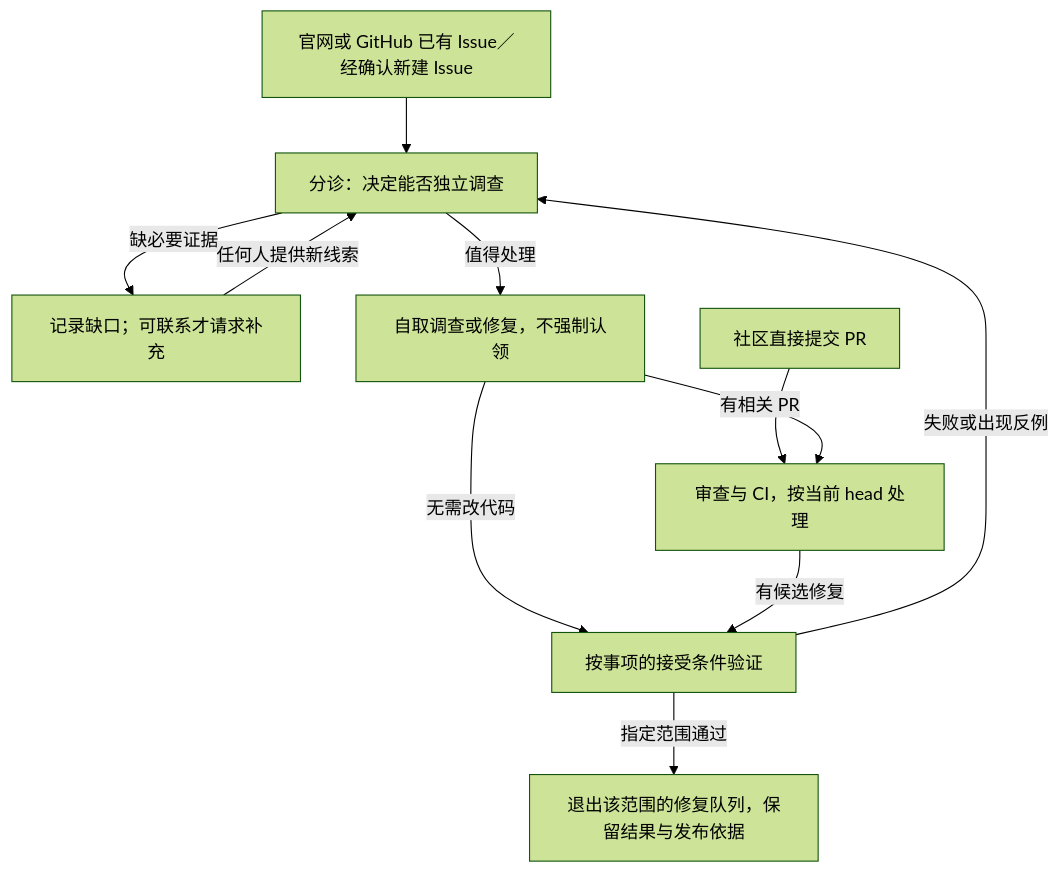
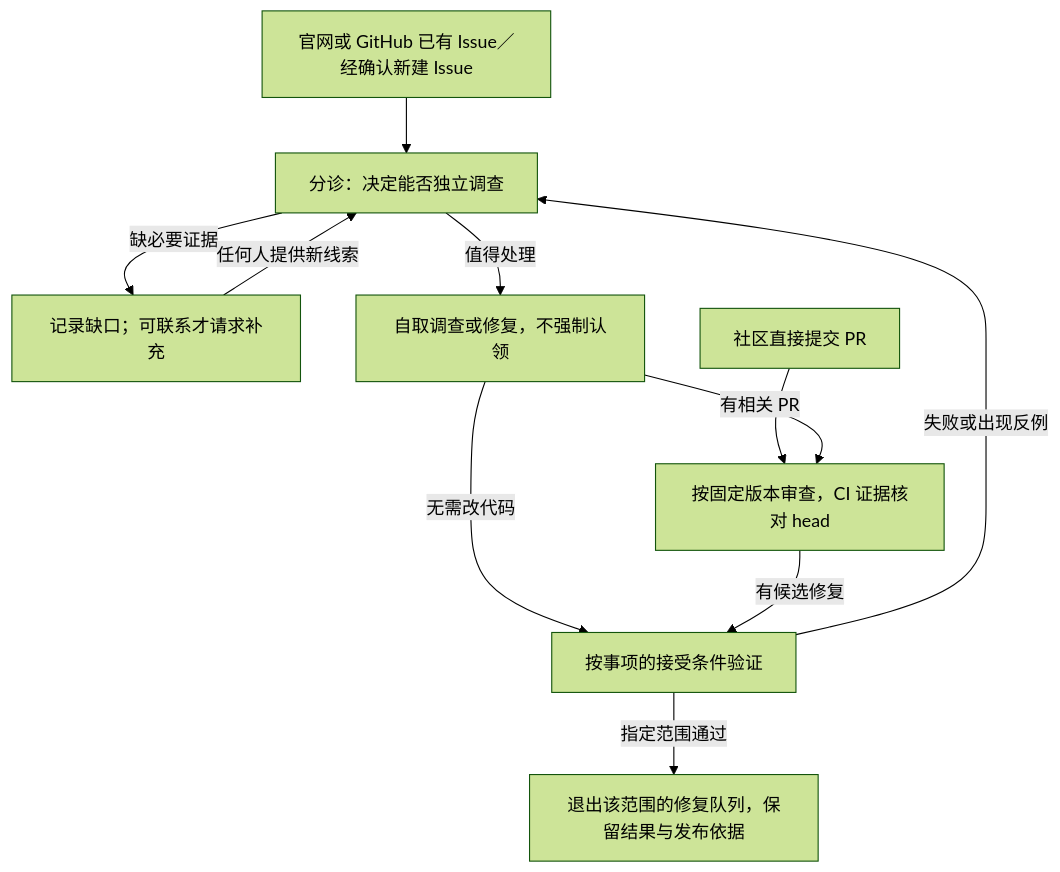
One commit to gulanthys/TernMate changed the diagram in docs/open-source-workbench.md. Above: the diagram before and after it, drawn with Mermaid (forest theme). The commit also changed other lines of this file and 28 other files, not shown here.

````diff
--- a/docs/open-source-workbench.md
+++ b/docs/open-source-workbench.md
@@ -11,13 +11,13 @@
 ```mermaid
 flowchart TD
     I[官网或 GitHub 已有 Issue／经确认新建 Issue] --> T[分诊：决定能否独立调查]
     T -->|缺必要证据| W[记录缺口；可联系才请求补充]
     W -->|任何人提供新线索| T
     T -->|值得处理| D[自取调查或修复，不强制认领]
-    P[社区直接提交 PR] --> R[审查与 CI，按当前 head 处理]
+    P[社区直接提交 PR] --> R[按固定版本审查，CI 证据核对 head]
     D -->|有相关 PR| R
     D -->|无需改代码| V[按事项的接受条件验证]
     R -->|有候选修复| V
     V -->|失败或出现反例| T
     V -->|指定范围通过| F[退出该范围的修复队列，保留结果与发布依据]
 ```
````
